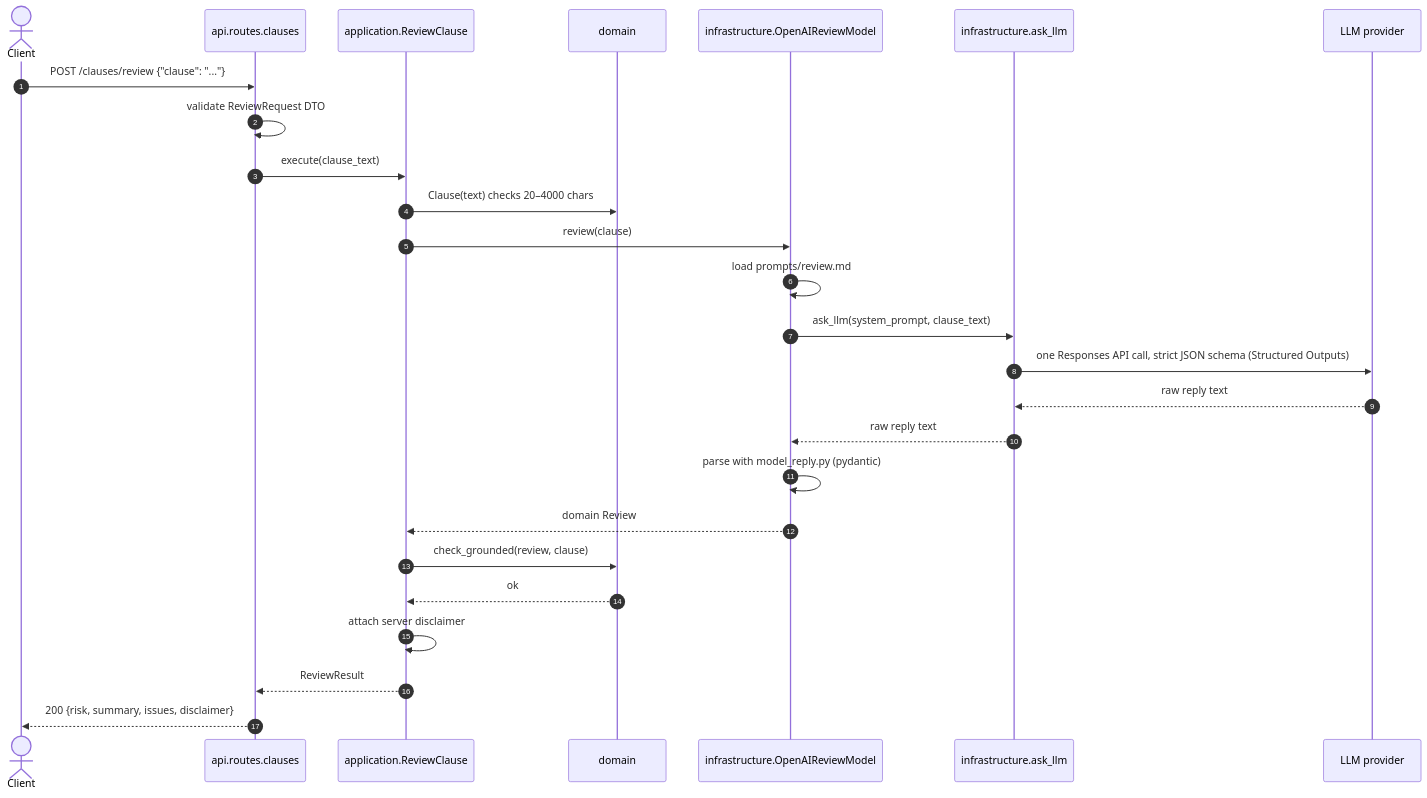
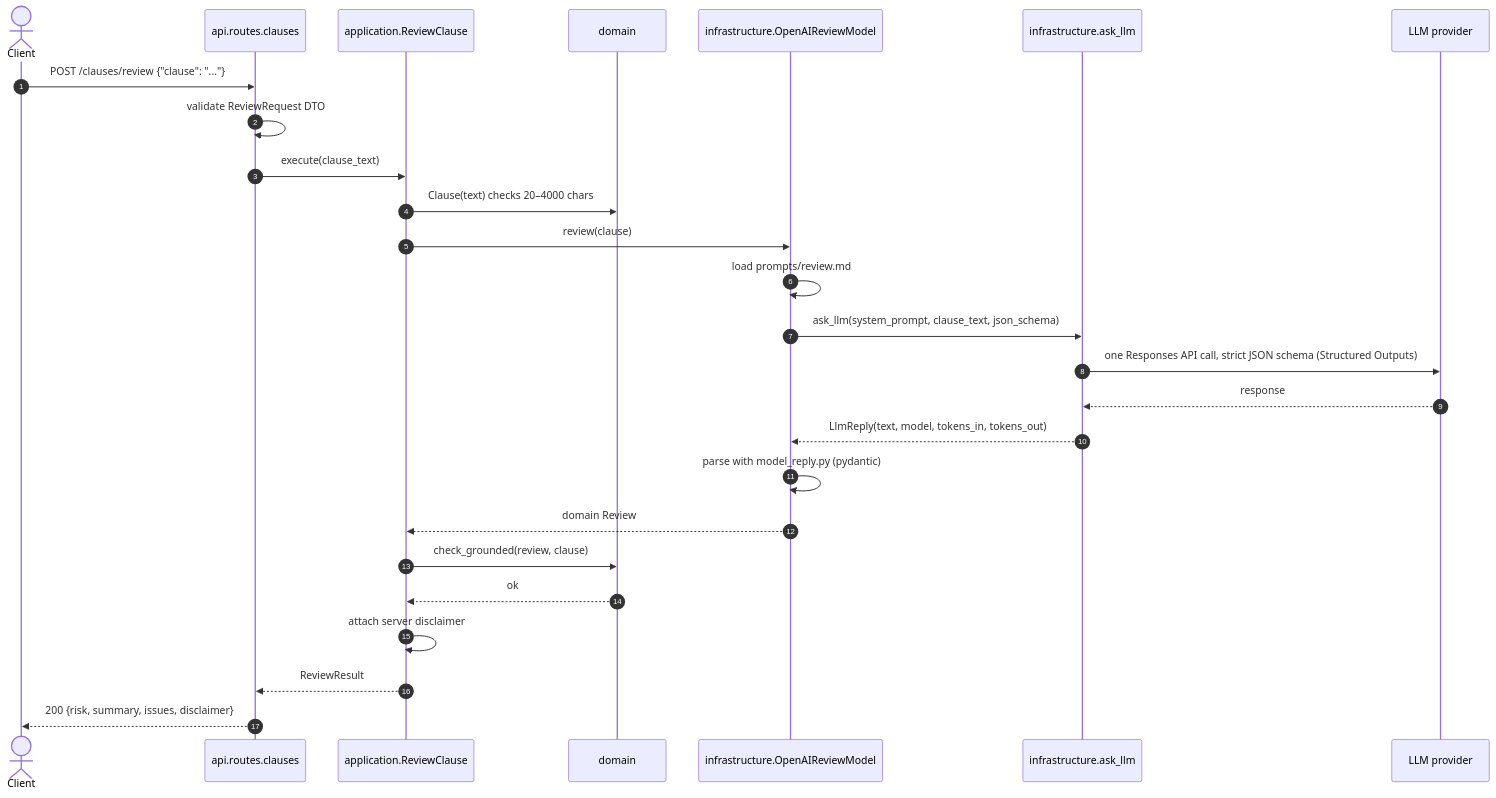
Before and after one commit to srikanthkakumanu/ClauseCheck: the second of 4 diagrams in ARCHITECTURE.md, drawn with Mermaid. The commit also changed other lines of this file and 44 other files, not shown here.

````diff
--- a/ARCHITECTURE.md
+++ b/ARCHITECTURE.md
@@ -111,29 +112,29 @@
 ```mermaid
 sequenceDiagram
     autonumber
     actor C as Client
     participant R as api.routes.clauses
     participant U as application.ReviewClause
     participant D as domain
     participant M as infrastructure.OpenAIReviewModel
     participant L as infrastructure.ask_llm
     participant P as LLM provider
 
     C->>R: POST /clauses/review {"clause": "..."}
     R->>R: validate ReviewRequest DTO
     R->>U: execute(clause_text)
     U->>D: Clause(text) checks 20–4000 chars
     U->>M: review(clause)
     M->>M: load prompts/review.md
-    M->>L: ask_llm(system_prompt, clause_text)
+    M->>L: ask_llm(system_prompt, clause_text, json_schema)
     L->>P: one Responses API call, strict JSON schema (Structured Outputs)
-    P-->>L: raw reply text
-    L-->>M: raw reply text
+    P-->>L: response
+    L-->>M: LlmReply(text, model, tokens_in, tokens_out)
     M->>M: parse with model_reply.py (pydantic)
     M-->>U: domain Review
     U->>D: check_grounded(review, clause)
     D-->>U: ok
     U->>U: attach server disclaimer
     U-->>R: ReviewResult
     R-->>C: 200 {risk, summary, issues, disclaimer}
 ```
````
